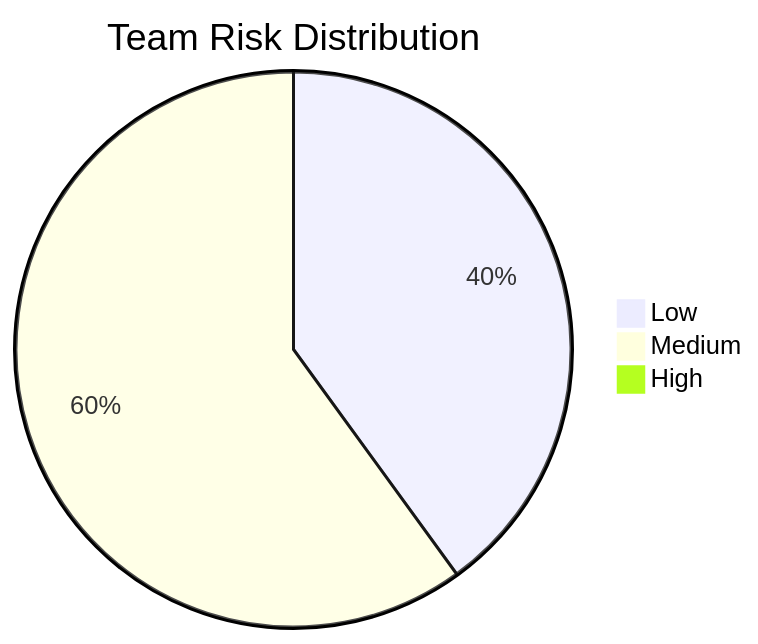
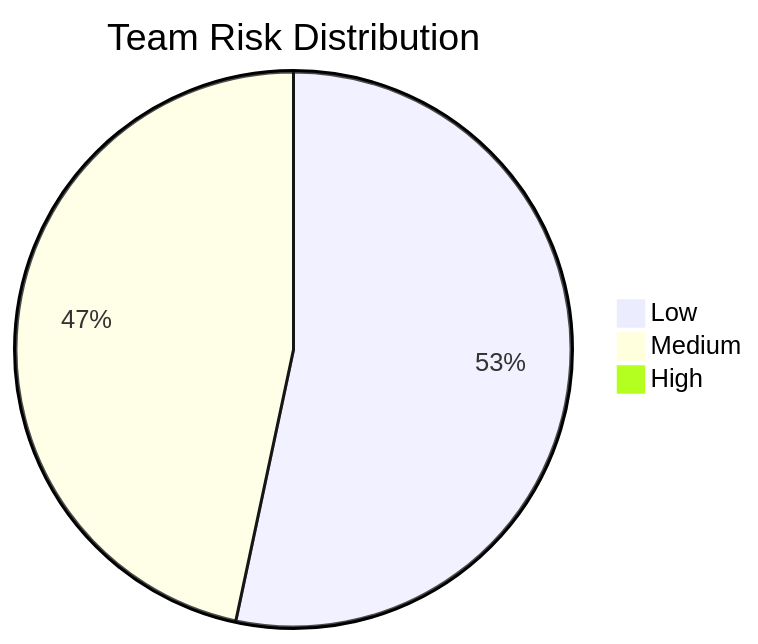
The first of 6 diagrams in fpl_report.md (techsuresh82/fpl-analyzer), drawn with Mermaid before and after one commit. The commit also changed other lines of this file, not shown here.

````diff
--- a/fpl_report.md
+++ b/fpl_report.md
@@ -27,6 +27,6 @@
 ```mermaid
 pie title Team Risk Distribution
-    "Low" : 6
-    "Medium" : 9
+    "Low" : 8
+    "Medium" : 7
     "High" : 0
 ```
````
